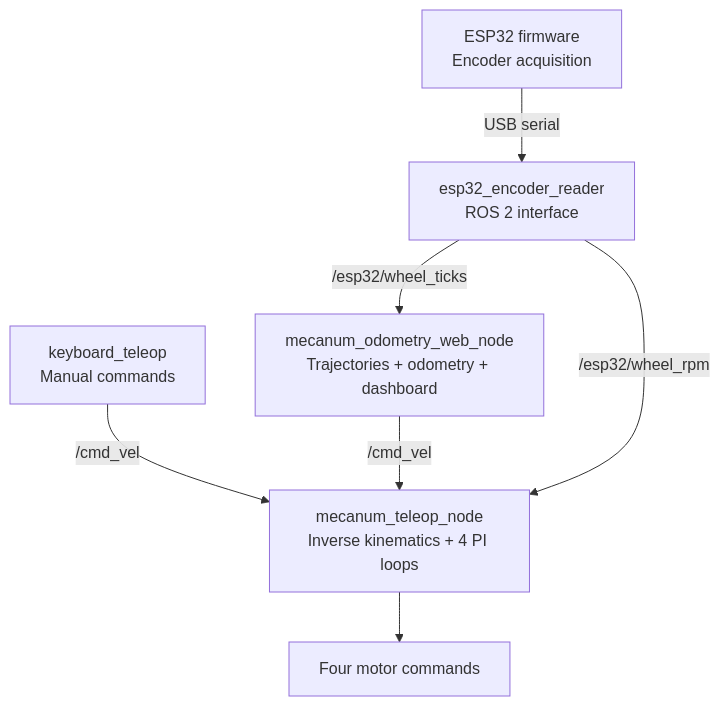
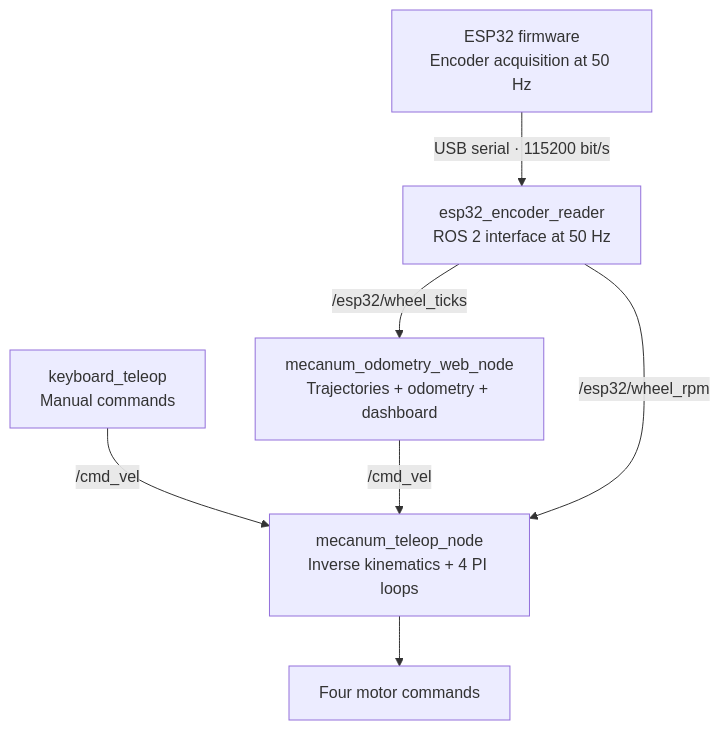
One commit to MohamedAliMaghrebi/ros2-mecanum-mobile-robot changed the diagram in README.md. Above: the diagram before and after it, drawn with Mermaid. The commit also changed other lines of this file, not shown here.

````diff
--- a/README.md
+++ b/README.md
@@ -88,9 +101,9 @@
 ```mermaid
 flowchart TB
     UI["keyboard_teleop<br/>Manual commands"] -->|/cmd_vel| CTRL["mecanum_teleop_node<br/>Inverse kinematics + 4 PI loops"]
     TRAJ["mecanum_odometry_web_node<br/>Trajectories + odometry + dashboard"] -->|/cmd_vel| CTRL
-    FW["ESP32 firmware<br/>Encoder acquisition"] -->|USB serial| READER["esp32_encoder_reader<br/>ROS 2 interface"]
+    FW["ESP32 firmware<br/>Encoder acquisition at 50 Hz"] -->|USB serial · 115200 bit/s| READER["esp32_encoder_reader<br/>ROS 2 interface at 50 Hz"]
     READER -->|/esp32/wheel_rpm| CTRL
     READER -->|/esp32/wheel_ticks| TRAJ
     CTRL --> MOTOR["Four motor commands"]
 ```
````
